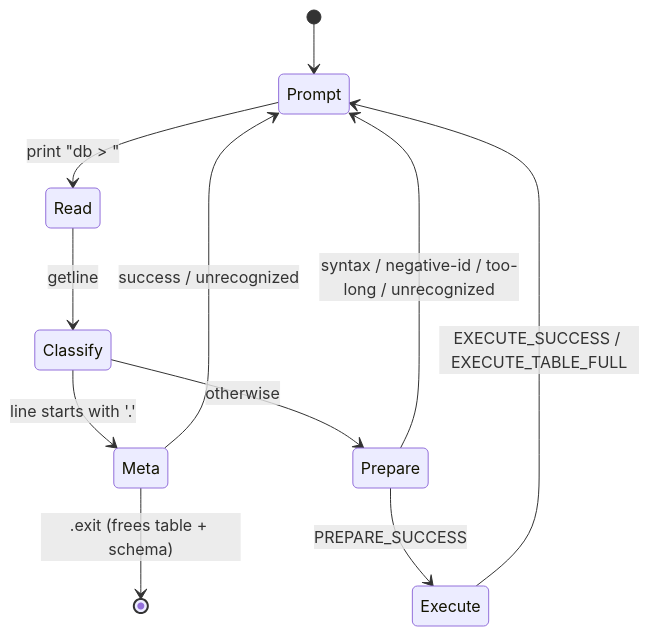
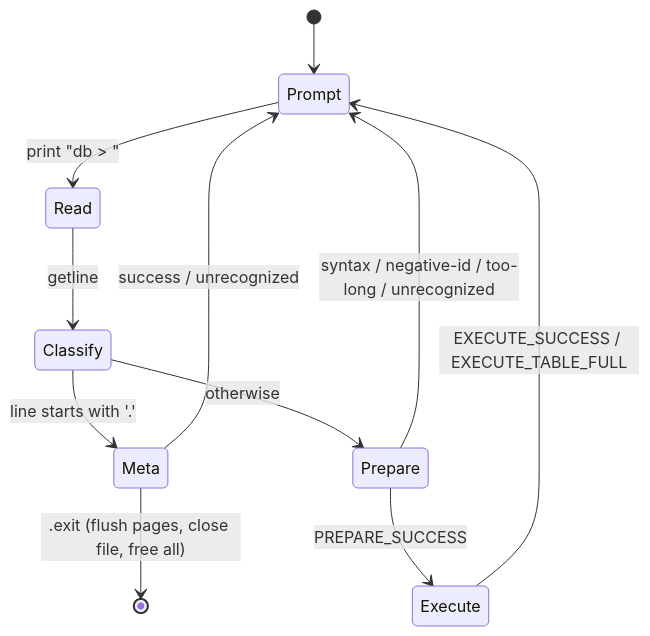
Before and after one commit to Rohitangshu2026/mini-sql: the ninth of 14 diagrams in README.md, drawn with Mermaid. The commit also changed other lines of this file, not shown here.

````diff
--- a/README.md
+++ b/README.md
@@ -409,17 +438,17 @@
 ```mermaid
 stateDiagram-v2
     [*] --> Prompt
     Prompt --> Read : print "db > "
     Read --> Classify : getline
 
     Classify --> Meta : line starts with '.'
     Classify --> Prepare : otherwise
 
     Meta --> Prompt : success / unrecognized
-    Meta --> [*] : .exit (frees table + schema)
+    Meta --> [*] : .exit (flush pages, close file, free all)
 
     Prepare --> Execute : PREPARE_SUCCESS
     Prepare --> Prompt : syntax / negative-id / too-long / unrecognized
 
     Execute --> Prompt : EXECUTE_SUCCESS / EXECUTE_TABLE_FULL
 ```
````
